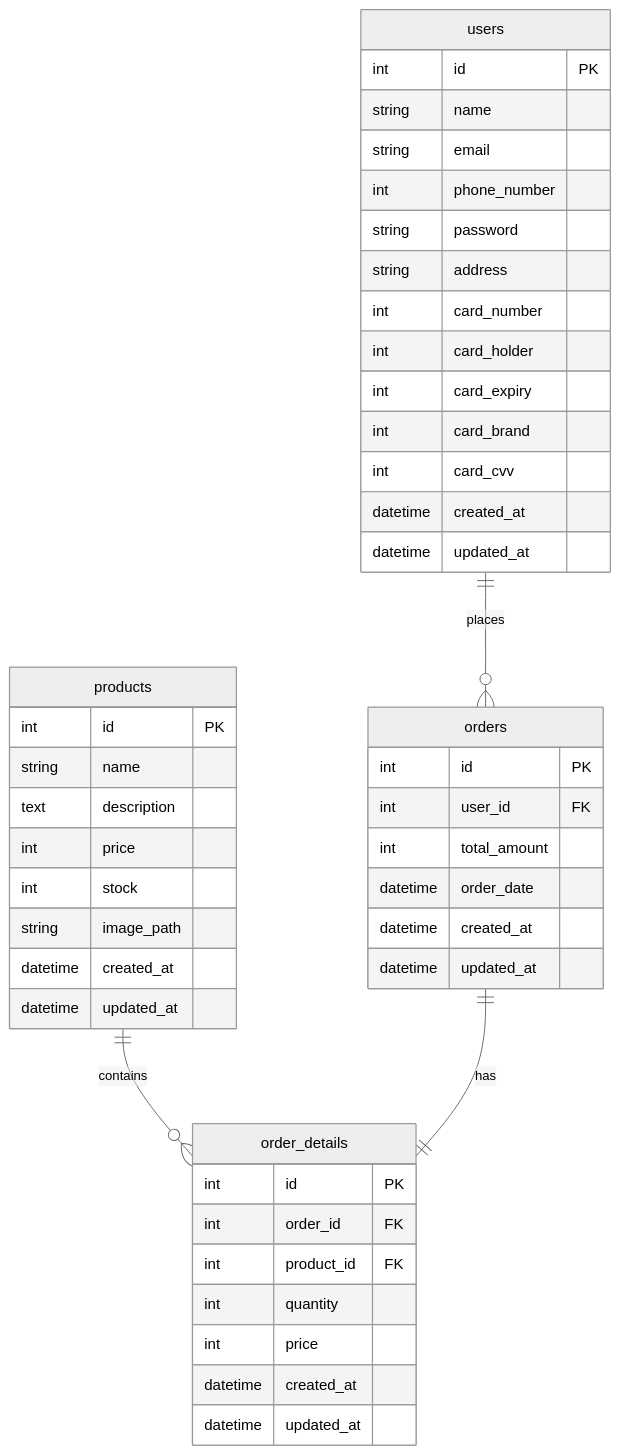
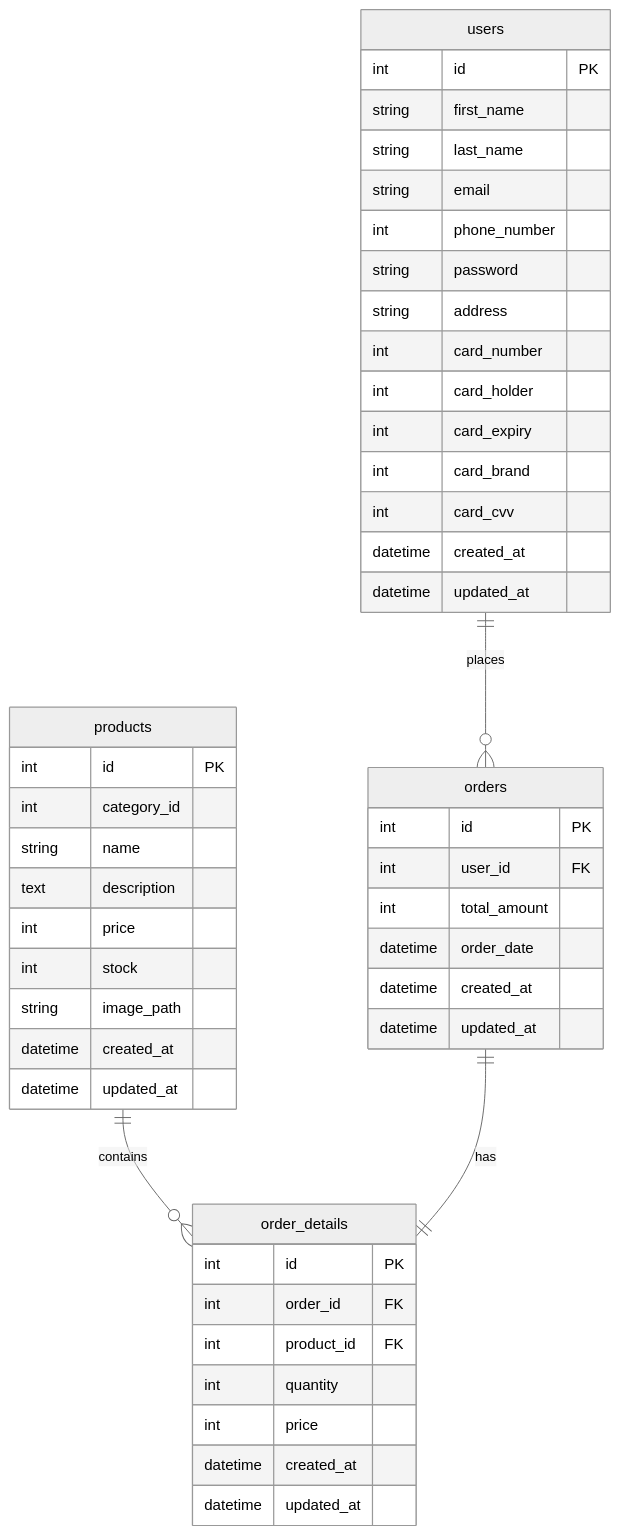
The diagram in README.md (kurahashi-kyohei/ec-demo), drawn with Mermaid (neutral theme) before and after one commit.

````diff
--- a/README.md
+++ b/README.md
@@ -64,51 +64,53 @@
 ```mermaid
 erDiagram
     users ||--o{ orders : places
     users {
         int id PK
-        string name
+        string first_name
+        string last_name
         string email
         int phone_number
         string password
         string address
         int card_number
         int card_holder
         int card_expiry
         int card_brand
         int card_cvv
         datetime created_at
         datetime updated_at
     }
     
     products ||--o{ order_details : contains
     products {
         int id PK
+        int category_id
         string name
         text description
         int price
         int stock
         string image_path
         datetime created_at
         datetime updated_at
     }
     
     orders ||--|| order_details : has
     orders {
         int id PK
         int user_id FK
         int total_amount
         datetime order_date
         datetime created_at
         datetime updated_at
     }
     
     order_details {
         int id PK
         int order_id FK
         int product_id FK
         int quantity
         int price
         datetime created_at
         datetime updated_at
     }
 ```
````
